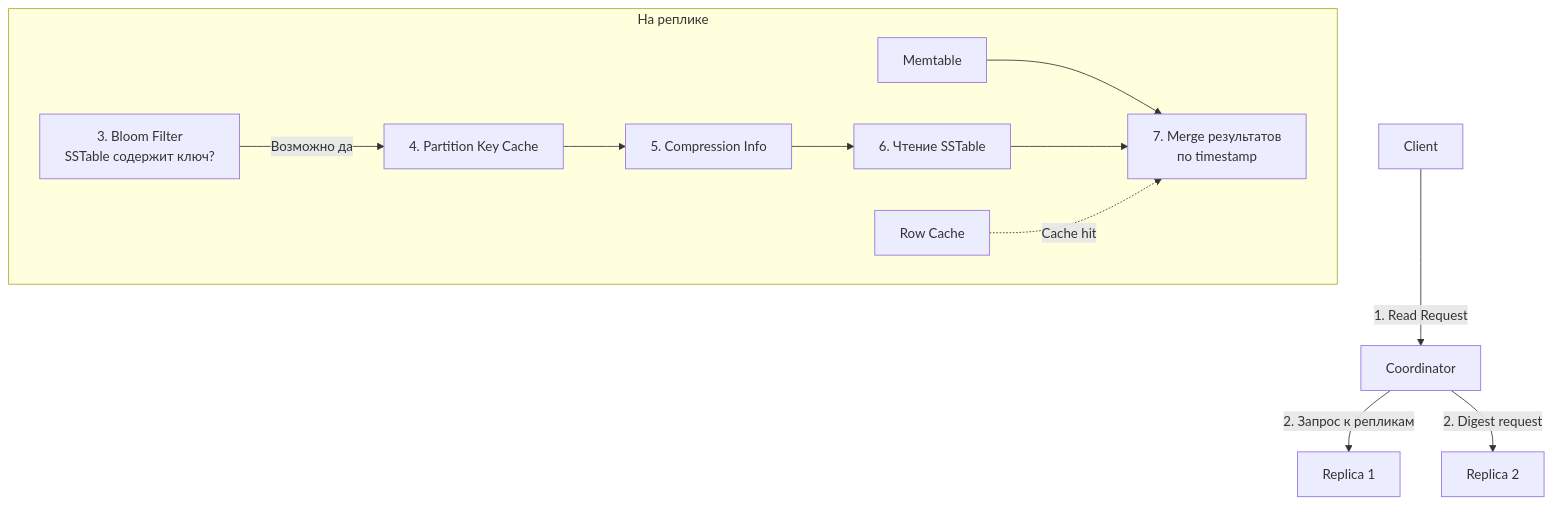
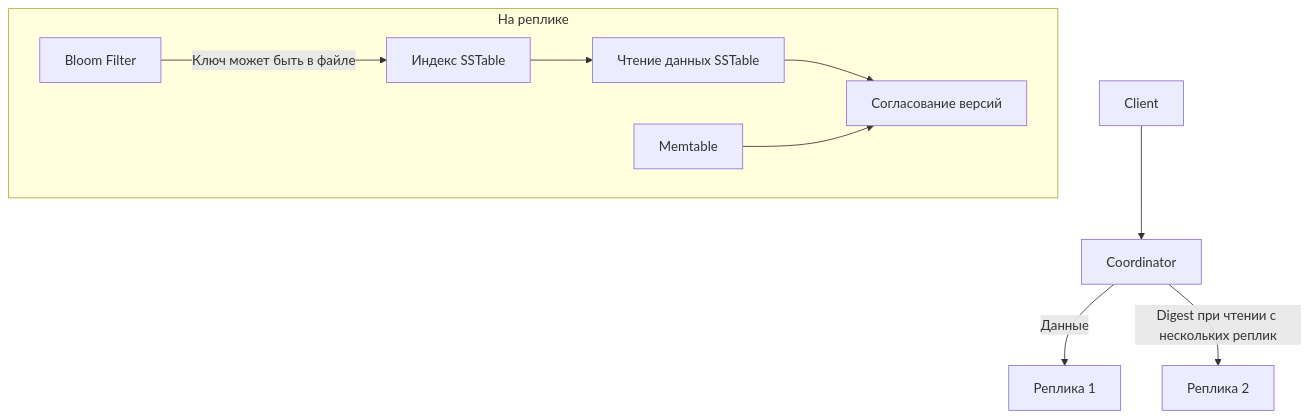
The sixth of 11 diagrams in cheatsheets/interview/databases/cassandra-interview.md (akeverus/cheat-sheet), drawn with Mermaid before and after one commit. The commit also changed other lines of this file, not shown here.

Commit message:
Clarify Cassandra read and write paths and tombstones

````diff
--- a/cheatsheets/interview/databases/cassandra-interview.md
+++ b/cheatsheets/interview/databases/cassandra-interview.md
@@ -580,16 +573,12 @@
 ```mermaid
 graph TD
-    Client[Client] -->|1. Read Request| Coord[Coordinator]
-    Coord -->|2. Запрос к репликам| R1[Replica 1]
-    Coord -->|2. Digest request| R2[Replica 2]
-
+    Client --> Coordinator
+    Coordinator -->|Данные| R1[Реплика 1]
+    Coordinator -->|Digest при чтении с нескольких реплик| R2[Реплика 2]
     subgraph "На реплике"
-        BF[3. Bloom Filter<br/>SSTable содержит ключ?]
-        BF -->|Возможно да| PC[4. Partition Key Cache]
-        PC --> CI[5. Compression Info]
-        CI --> SST[6. Чтение SSTable]
-        MT[Memtable] --> Merge[7. Merge результатов<br/>по timestamp]
-        SST --> Merge
-        RC[Row Cache] -.->|Cache hit| Merge
+        BF[Bloom Filter] -->|Ключ может быть в файле| IDX[Индекс SSTable]
+        IDX --> SST[Чтение данных SSTable]
+        SST --> Merge[Согласование версий]
+        MT[Memtable] --> Merge
     end
 ```
````
